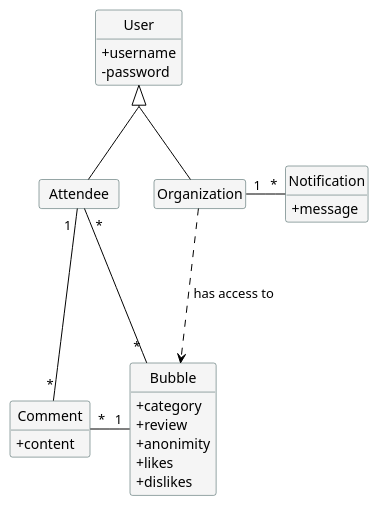
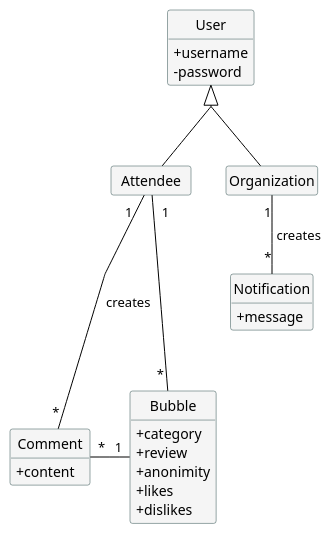
One commit to up201806330/Retrospective-Wall changed the diagram in UML/domain.puml. Above: the diagram before and after it, drawn with PlantUML. The commit also changed 2 other files, not shown here.

```diff
--- a/UML/domain.puml
+++ b/UML/domain.puml
@@ -1,44 +1,43 @@
 @startuml domain
 skinparam linetype polyline
 skinparam minClassWidth 80
 skinparam groupInheritance 2
 skinparam classBackgroundColor WhiteSmoke
 skinparam classBorderColor DarkSlateGrey
 skinparam ArrowColor Black
 skinparam classAttributeIconSize 0
 hide empty attributes
 hide methods
 hide circles
 
 class User{
     +username
     -password
 }
 
 Class Attendee extends User
 Class Organization extends User
 
 Class Bubble{
     +category
     +review
     +anonimity
     +likes
     +dislikes
 }
 
 Class Comment{
     +content
 }
 
 Class Notification{
     +message
 }
 
-Attendee "  *" -down-- "                *" Bubble : ""
-Comment "*" -up-- "         1" Attendee : ""
+Attendee "  1" -down-- "                *" Bubble : ""
+Comment "*" -up-- "                1" Attendee : "creates"
 Comment "*" - "1" Bubble : ""
 
-Organization ...> Bubble : " has access to"
-Organization "1" - "*" Notification : ""
+Organization "1" -down- "*" Notification : " creates"
 
 @enduml
```
